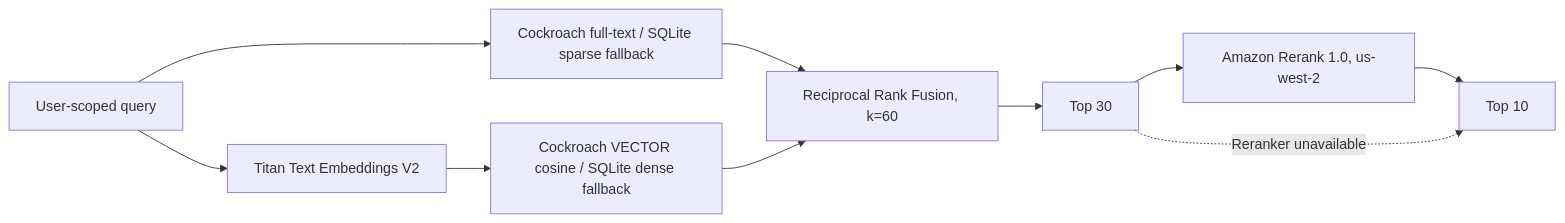
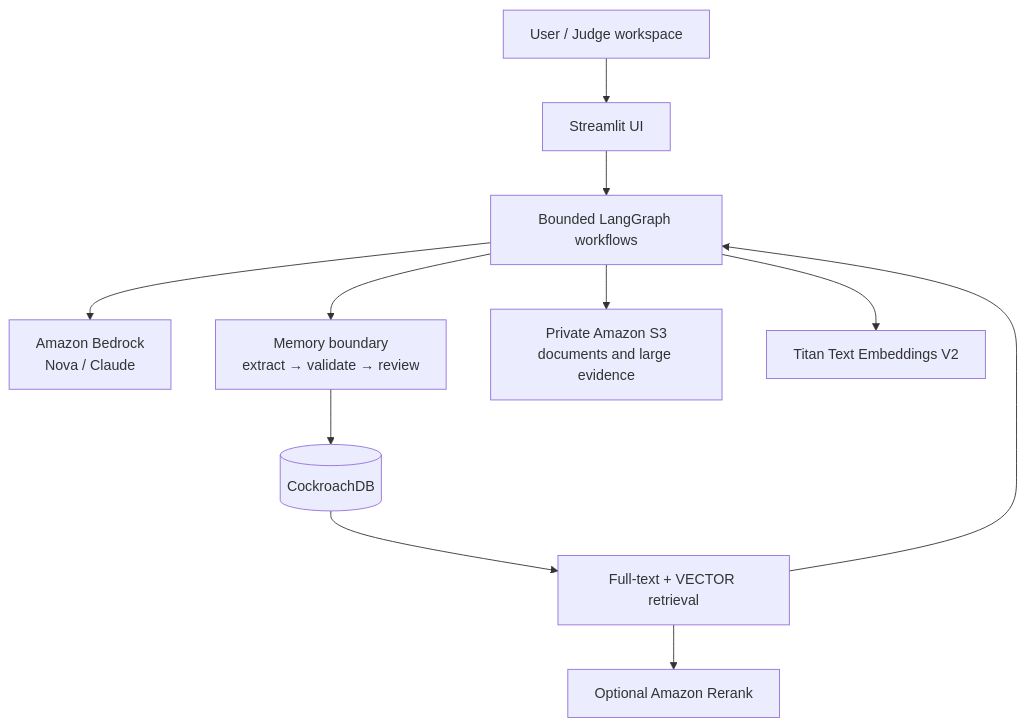
One commit to gluuabc/careertrace-ai changed the first of 2 diagrams in README.md. Above: the diagram before and after it, drawn with Mermaid. The commit also changed other lines of this file and 16 other files, not shown here.

Commit message:
Implement semantic and episodic memory architecture

````diff
--- a/README.md
+++ b/README.md
@@ -250,12 +43,13 @@
 ```mermaid
-flowchart LR
-  Q["User-scoped query"] --> S["Cockroach full-text / SQLite sparse fallback"]
-  Q --> E["Titan Text Embeddings V2"]
-  E --> D["Cockroach VECTOR cosine / SQLite dense fallback"]
-  S --> R["Reciprocal Rank Fusion, k=60"]
-  D --> R
-  R --> A["Top 30"]
-  A --> B["Amazon Rerank 1.0, us-west-2"]
-  B --> T["Top 10"]
-  A -. "Reranker unavailable" .-> T
+flowchart TB
+    U["User / Judge workspace"] --> UI["Streamlit UI"]
+    UI --> G["Bounded LangGraph workflows"]
+    G --> B["Amazon Bedrock\nNova / Claude"]
+    G --> M["Memory boundary\nextract → validate → review"]
+    M --> C[("CockroachDB")]
+    C --> R["Full-text + VECTOR retrieval"]
+    R --> G
+    G --> S3["Private Amazon S3\ndocuments and large evidence"]
+    G --> T["Titan Text Embeddings V2"]
+    R --> RR["Optional Amazon Rerank"]
 ```
````
